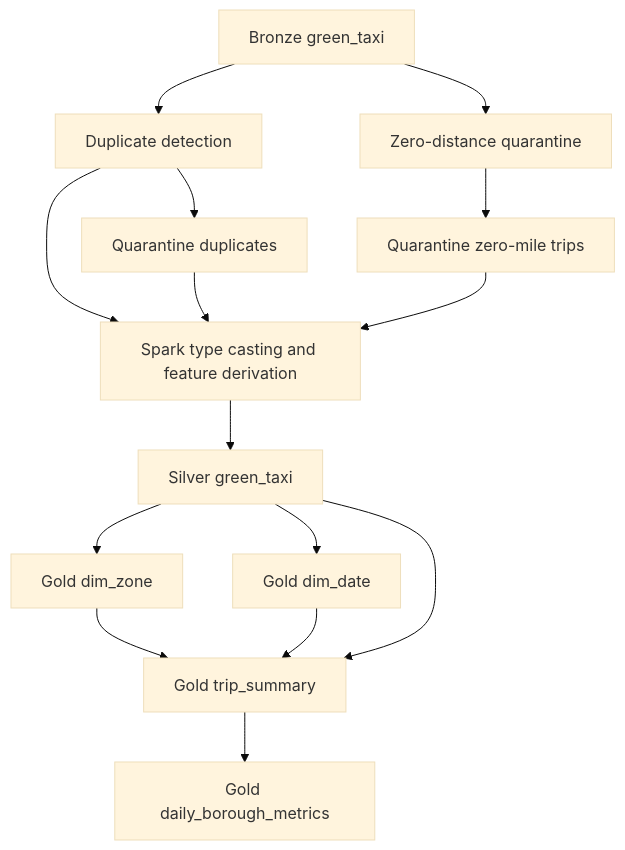
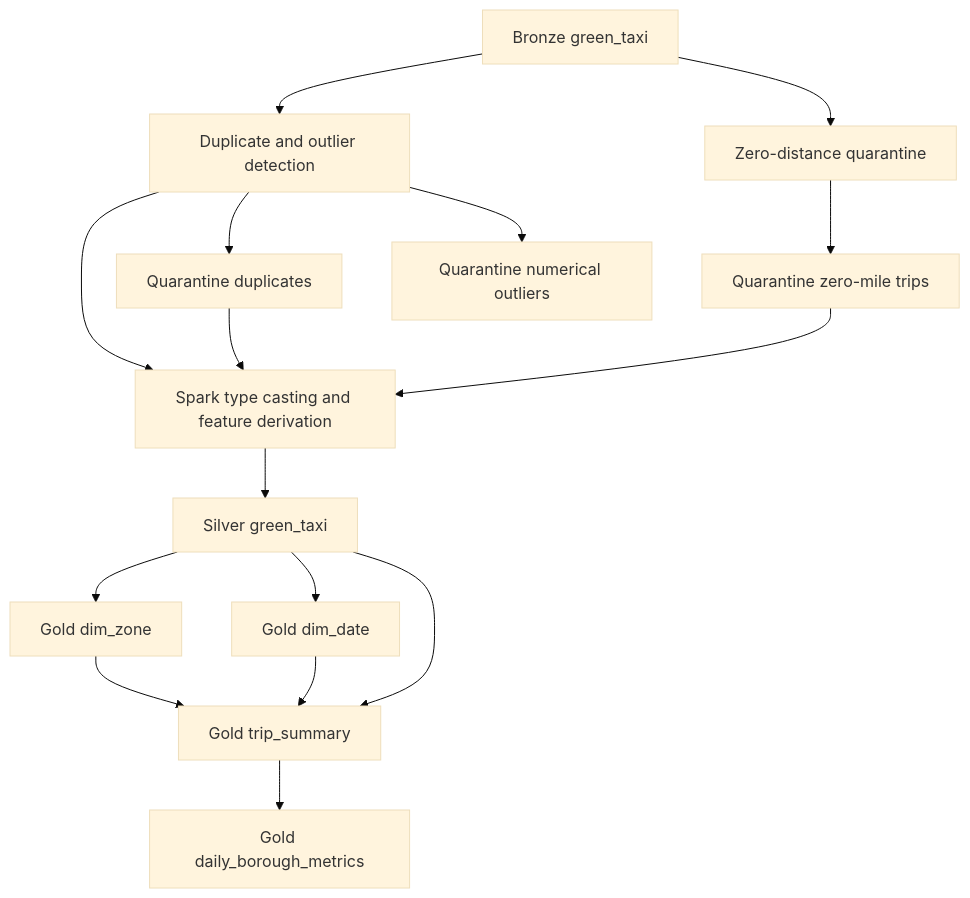
One commit to Hamza-Bouali/NYC-DATABRICKS changed the second of 3 diagrams in ARCHITECTURE.md. Above: the diagram before and after it, drawn with Mermaid (base theme). The commit also changed other lines of this file and 16 other files, not shown here.

````diff
--- a/ARCHITECTURE.md
+++ b/ARCHITECTURE.md
@@ -57,17 +57,18 @@
 ```mermaid
 flowchart TD
-    B["Bronze green_taxi"] --> D["Duplicate detection"]
+    B["Bronze green_taxi"] --> D["Duplicate and outlier detection"]
     B --> Z["Zero-distance quarantine"]
     D --> Q["Quarantine duplicates"]
     Z --> QZ["Quarantine zero-mile trips"]
+    D --> QO["Quarantine numerical outliers"]
     D --> T["Spark type casting and feature derivation"]
     Q --> T
     QZ --> T
     T --> S["Silver green_taxi"]
     S --> DZ["Gold dim_zone"]
     S --> DD["Gold dim_date"]
     DZ --> TS["Gold trip_summary"]
     DD --> TS
     S --> TS
     TS --> BM["Gold daily_borough_metrics"]
 ```
````
